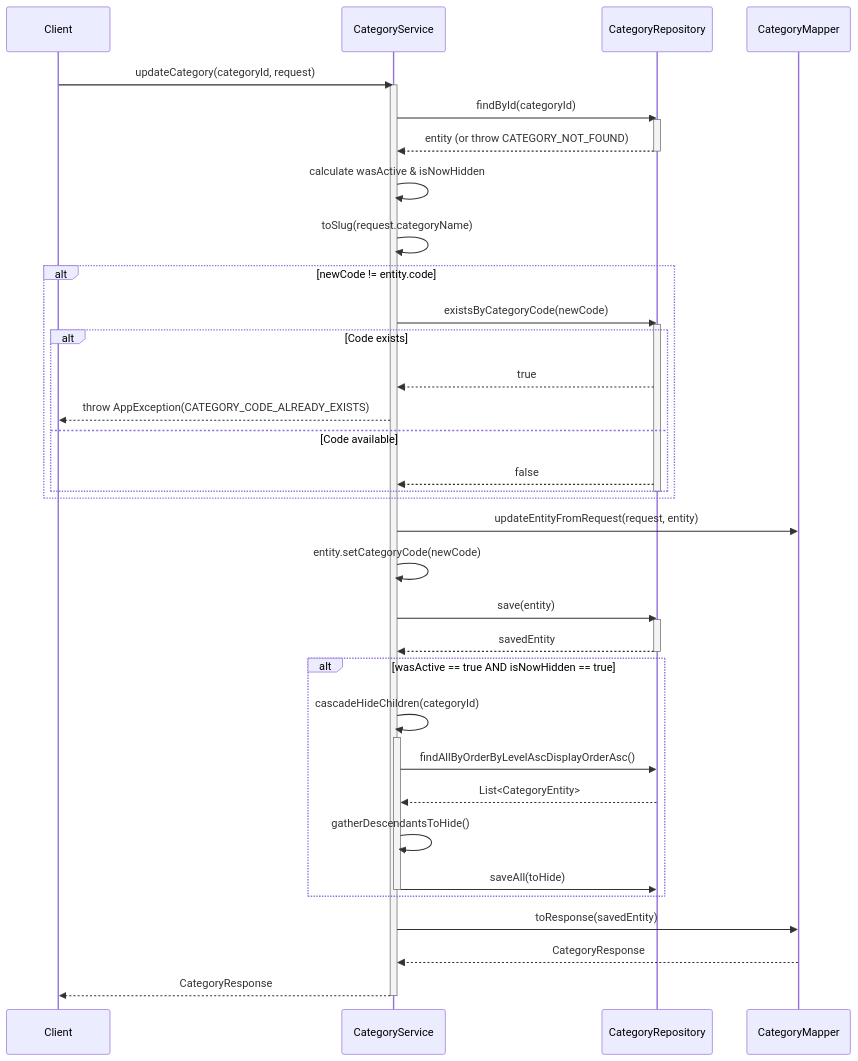
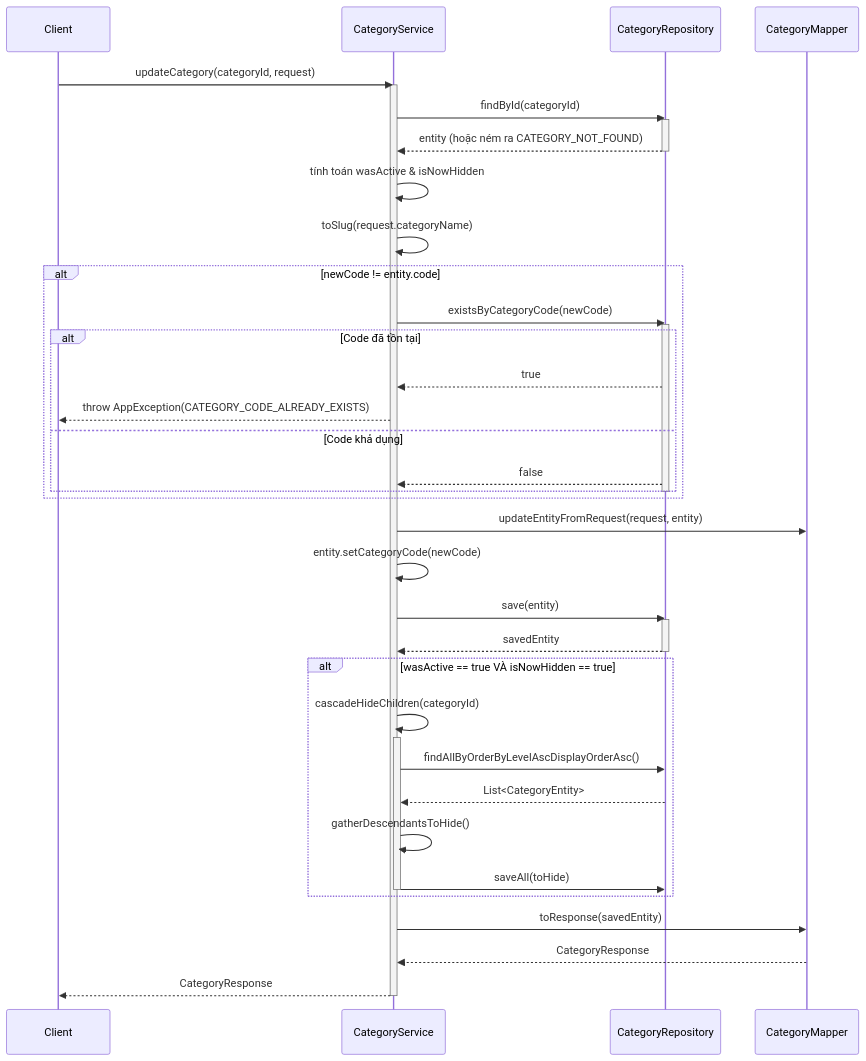
The third of 4 diagrams in .agent/sequence/category_service_sequence_diagrams.md (aquoc09/easymall), drawn with Mermaid before and after one commit. The commit also changed other lines of this file and 18 other files, not shown here.

Commit message:
UPDATE: Sequence diagram vietnamese

````diff
--- a/.agent/sequence/category_service_sequence_diagrams.md
+++ b/.agent/sequence/category_service_sequence_diagrams.md
@@ -98,54 +98,54 @@
 ```mermaid
 sequenceDiagram
     participant Client
     participant CategoryService
     participant CategoryRepository
     participant CategoryMapper
 
     Client->>CategoryService: updateCategory(categoryId, request)
     activate CategoryService
 
     CategoryService->>CategoryRepository: findById(categoryId)
     activate CategoryRepository
-    CategoryRepository-->>CategoryService: entity (or throw CATEGORY_NOT_FOUND)
+    CategoryRepository-->>CategoryService: entity (hoặc ném ra CATEGORY_NOT_FOUND)
     deactivate CategoryRepository
     
-    CategoryService->>CategoryService: calculate wasActive & isNowHidden
+    CategoryService->>CategoryService: tính toán wasActive & isNowHidden
     CategoryService->>CategoryService: toSlug(request.categoryName)
     
     alt newCode != entity.code
         CategoryService->>CategoryRepository: existsByCategoryCode(newCode)
         activate CategoryRepository
-        alt Code exists
+        alt Code đã tồn tại
             CategoryRepository-->>CategoryService: true
             CategoryService-->>Client: throw AppException(CATEGORY_CODE_ALREADY_EXISTS)
-        else Code available
+        else Code khả dụng
             CategoryRepository-->>CategoryService: false
         end
         deactivate CategoryRepository
     end
 
     CategoryService->>CategoryMapper: updateEntityFromRequest(request, entity)
     CategoryService->>CategoryService: entity.setCategoryCode(newCode)
 
     CategoryService->>CategoryRepository: save(entity)
     activate CategoryRepository
     CategoryRepository-->>CategoryService: savedEntity
     deactivate CategoryRepository
 
-    alt wasActive == true AND isNowHidden == true
+    alt wasActive == true VÀ isNowHidden == true
         CategoryService->>CategoryService: cascadeHideChildren(categoryId)
         activate CategoryService
         CategoryService->>CategoryRepository: findAllByOrderByLevelAscDisplayOrderAsc()
         CategoryRepository-->>CategoryService: List<CategoryEntity>
         CategoryService->>CategoryService: gatherDescendantsToHide()
         CategoryService->>CategoryRepository: saveAll(toHide)
         deactivate CategoryService
     end
 
     CategoryService->>CategoryMapper: toResponse(savedEntity)
     CategoryMapper-->>CategoryService: CategoryResponse
 
     CategoryService-->>Client: CategoryResponse
     deactivate CategoryService
 ```
````
